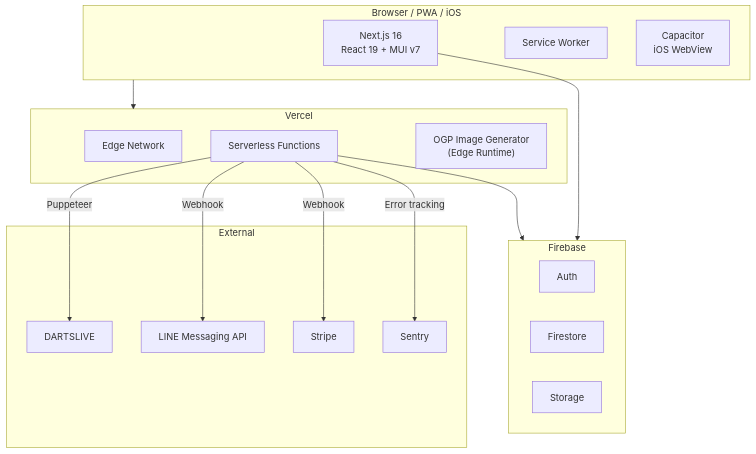
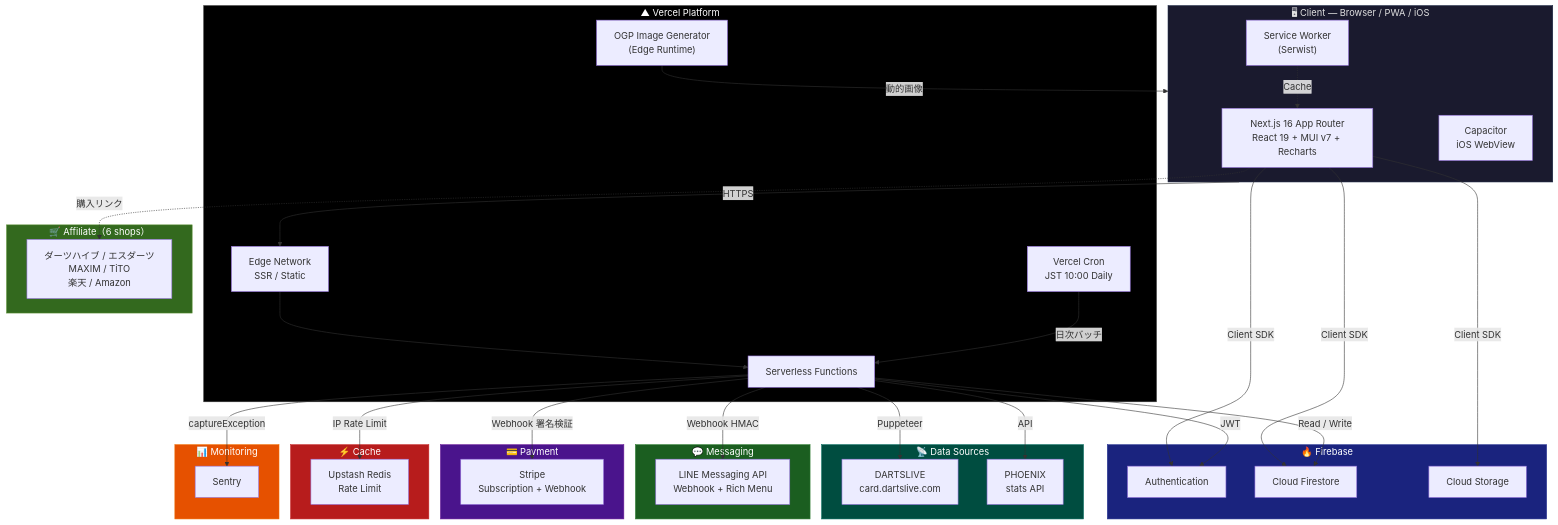
One commit to seiryuu1215/darts-app changed the diagram in README.md. Above: the diagram before and after it, drawn with Mermaid. The commit also changed other lines of this file, not shown here.

Commit message:
feat: READMEアーキテクチャ構成図をリッチ化 — subgraph分離・ラベル・色分け追加

````diff
--- a/README.md
+++ b/README.md
@@ -96,35 +96,75 @@
 ```mermaid
 graph TB
-    subgraph Client["Browser / PWA / iOS"]
-        App["Next.js 16<br/>React 19 + MUI v7"]
-        SW["Service Worker"]
+    subgraph Client["🖥 Client — Browser / PWA / iOS"]
+        App["Next.js 16 App Router<br/>React 19 + MUI v7 + Recharts"]
+        SW["Service Worker<br/>(Serwist)"]
         Cap["Capacitor<br/>iOS WebView"]
     end
 
-    subgraph Vercel
-        Edge["Edge Network"]
+    subgraph Vercel["▲ Vercel Platform"]
+        Edge["Edge Network<br/>SSR / Static"]
         SF["Serverless Functions"]
+        Cron["Vercel Cron<br/>JST 10:00 Daily"]
         OG["OGP Image Generator<br/>(Edge Runtime)"]
     end
 
-    subgraph Firebase
-        Auth["Auth"]
-        FS["Firestore"]
-        ST["Storage"]
+    subgraph Firebase["🔥 Firebase"]
+        Auth["Authentication"]
+        FS["Cloud Firestore"]
+        ST["Cloud Storage"]
     end
 
-    subgraph External
-        DL["DARTSLIVE"]
-        LINE["LINE Messaging API"]
-        Stripe["Stripe"]
+    subgraph ExtData["📡 Data Sources"]
+        DL["DARTSLIVE<br/>card.dartslive.com"]
+        PX["PHOENIX<br/>stats API"]
+    end
+
+    subgraph Messaging["💬 Messaging"]
+        LINE["LINE Messaging API<br/>Webhook + Rich Menu"]
+    end
+
+    subgraph Payment["💳 Payment"]
+        Stripe["Stripe<br/>Subscription + Webhook"]
+    end
+
+    subgraph Cache["⚡ Cache"]
+        Redis["Upstash Redis<br/>Rate Limit"]
+    end
+
+    subgraph Monitor["📊 Monitoring"]
         Sentry["Sentry"]
     end
 
-    Client --> Vercel
-    SF --> Firebase
+    subgraph Affiliate["🛒 Affiliate（6 shops）"]
+        Shops["ダーツハイブ / エスダーツ<br/>MAXIM / TiTO<br/>楽天 / Amazon"]
+    end
+
+    Client -->|HTTPS| Edge
+    Edge --> SF
+    App -->|Client SDK| FS
+    App -->|Client SDK| Auth
+    App -->|Client SDK| ST
+    App -.->|購入リンク| Shops
+    SW -.->|Cache| App
+
+    Cron -->|日次バッチ| SF
     SF -->|Puppeteer| DL
-    SF -->|Webhook| Stripe
-    SF -->|Webhook| LINE
-    SF -->|Error tracking| Sentry
-    App --> Firebase
+    SF -->|API| PX
+    SF -->|JWT| Auth
+    SF -->|Read / Write| FS
+    SF -->|Webhook 署名検証| Stripe
+    SF -->|Webhook HMAC| LINE
+    SF -->|IP Rate Limit| Redis
+    SF -->|captureException| Sentry
+    OG -->|動的画像| Client
+
+    style Client fill:#1a1a2e,stroke:#16213e,color:#e0e0e0
+    style Vercel fill:#000,stroke:#333,color:#fff
+    style Firebase fill:#1a237e,stroke:#283593,color:#fff
+    style ExtData fill:#004d40,stroke:#00695c,color:#fff
+    style Messaging fill:#1b5e20,stroke:#2e7d32,color:#fff
+    style Payment fill:#4a148c,stroke:#6a1b9a,color:#fff
+    style Cache fill:#b71c1c,stroke:#c62828,color:#fff
+    style Monitor fill:#e65100,stroke:#ef6c00,color:#fff
+    style Affiliate fill:#33691e,stroke:#558b2f,color:#fff
 ```
````
